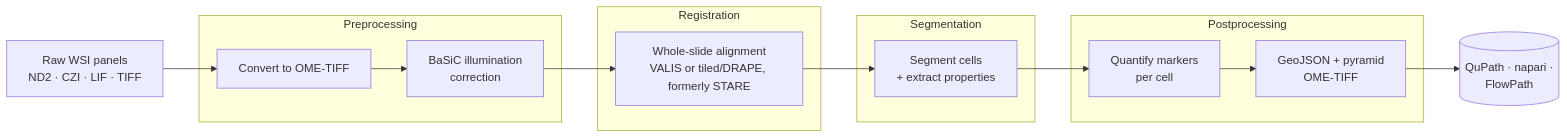
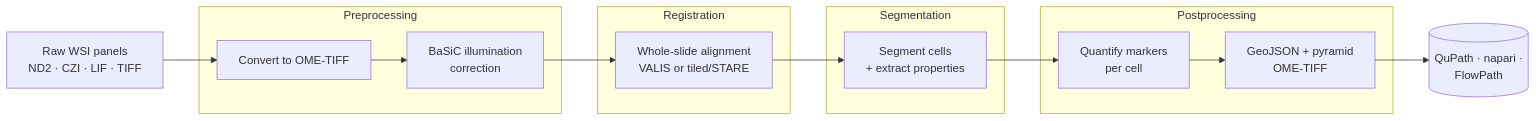
One commit to sceriff0/mirage changed the diagram in docs/index.md. Above: the diagram before and after it, drawn with Mermaid. The commit also changed other lines of this file and 232 other files, not shown here.

First line of the commit message:
:truck: Rename DRAPE back to STARE: packages/stare 3.0.0, import/CLI `stare`, bolt3x/mirage-stare

````diff
--- a/docs/index.md
+++ b/docs/index.md
@@ -38,20 +38,20 @@
 ```mermaid
 flowchart LR
     A[Raw WSI panels<br/>ND2 · CZI · LIF · TIFF] --> B
     subgraph PRE[Preprocessing]
       B[Convert to OME-TIFF] --> C[BaSiC illumination<br/>correction]
     end
     C --> D
     subgraph REG[Registration]
-      D[Whole-slide alignment<br/>VALIS or tiled/DRAPE, formerly STARE]
+      D[Whole-slide alignment<br/>VALIS or tiled/STARE]
     end
     D --> E
     subgraph SEG[Segmentation]
       E[Segment cells<br/>+ extract properties]
     end
     E --> F
     subgraph POST[Postprocessing]
       F[Quantify markers<br/>per cell] --> G[GeoJSON + pyramid<br/>OME-TIFF]
     end
     G --> H[(QuPath · napari ·<br/>FlowPath)]
 ```
````
